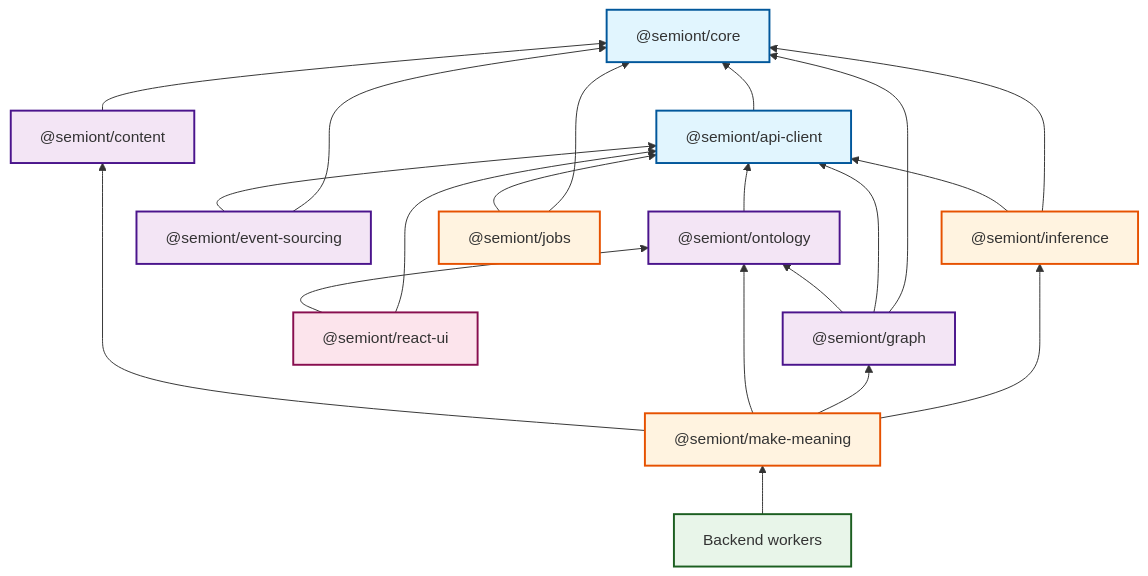
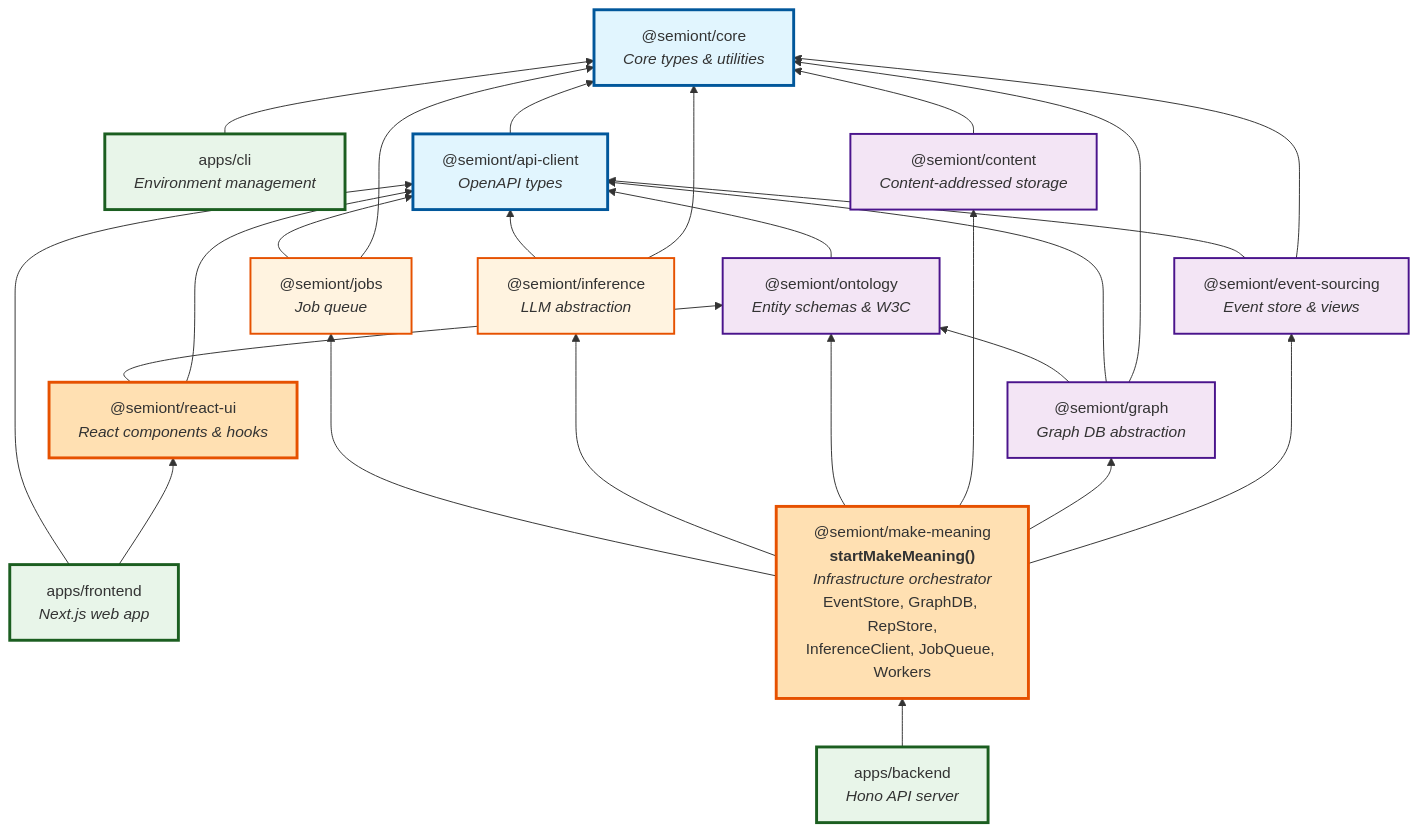
Before and after one commit to The-AI-Alliance/semiont: the diagram in packages/README.md, drawn with Mermaid. The commit also changed other lines of this file and 5 other files, not shown here.

````diff
--- a/packages/README.md
+++ b/packages/README.md
@@ -9,46 +11,72 @@
 ```mermaid
 graph BT
-    core["@semiont/core"]
-    api["@semiont/api-client"]
-    ontology["@semiont/ontology"]
-    content["@semiont/content"]
-    event["@semiont/event-sourcing"]
-    graph_pkg["@semiont/graph"]
-    inference["@semiont/inference"]
-    jobs["@semiont/jobs"]
-    meaning["@semiont/make-meaning"]
-    react["@semiont/react-ui"]
-    backend["Backend workers"]
+    %% Layer 4: Application Consumers
+    backend["apps/backend<br/><i>Hono API server</i>"]
+    frontend["apps/frontend<br/><i>Next.js web app</i>"]
+    cli["apps/cli<br/><i>Environment management</i>"]
 
-    api --> core
-    ontology --> api
-    content --> core
-    event --> core
-    event --> api
-    graph_pkg --> core
-    graph_pkg --> api
-    graph_pkg --> ontology
+    %% Layer 3: Application Logic
+    meaning["@semiont/make-meaning<br/><b>startMakeMeaning()</b><br/><i>Infrastructure orchestrator</i><br/>EventStore, GraphDB, RepStore,<br/>InferenceClient, JobQueue, Workers"]
+    react["@semiont/react-ui<br/><i>React components & hooks</i>"]
+
+    %% Layer 2: AI & Infrastructure
+    inference["@semiont/inference<br/><i>LLM abstraction</i>"]
+    jobs["@semiont/jobs<br/><i>Job queue</i>"]
+    graph_pkg["@semiont/graph<br/><i>Graph DB abstraction</i>"]
+    event["@semiont/event-sourcing<br/><i>Event store & views</i>"]
+    content["@semiont/content<br/><i>Content-addressed storage</i>"]
+
+    %% Layer 1: Domain Primitives
+    ontology["@semiont/ontology<br/><i>Entity schemas & W3C</i>"]
+
+    %% Layer 0: Foundation
+    api["@semiont/api-client<br/><i>OpenAPI types</i>"]
+    core["@semiont/core<br/><i>Core types & utilities</i>"]
+
+    %% Application dependencies
+    backend --> meaning
+    frontend --> react
+    frontend --> api
+    cli --> core
+
+    %% Application logic dependencies
+    meaning --> event
+    meaning --> graph_pkg
+    meaning --> content
+    meaning --> ontology
+    meaning --> inference
+    meaning --> jobs
+    react --> api
+    react --> ontology
+
+    %% Infrastructure dependencies
     inference --> core
     inference --> api
     jobs --> core
     jobs --> api
-    meaning --> inference
-    meaning --> graph_pkg
-    meaning --> ontology
-    meaning --> content
-    react --> api
-    react --> ontology
-    backend --> meaning
+    graph_pkg --> core
+    graph_pkg --> api
+    graph_pkg --> ontology
+    event --> core
+    event --> api
+    content --> core
 
-    classDef foundation fill:#e1f5fe,stroke:#01579b,stroke-width:2px
-    classDef domain fill:#f3e5f5,stroke:#4a148c,stroke-width:2px
-    classDef ai fill:#fff3e0,stroke:#e65100,stroke-width:2px
-    classDef app fill:#e8f5e9,stroke:#1b5e20,stroke-width:2px
-    classDef ui fill:#fce4ec,stroke:#880e4f,stroke-width:2px
+    %% Domain dependencies
+    ontology --> api
 
-    class core,api foundation
-    class ontology,content,event,graph_pkg domain
-    class inference,jobs,meaning ai
-    class backend app
-    class react ui
+    %% Foundation dependencies
+    api --> core
+
+    %% Styling by layer
+    classDef layer0 fill:#e1f5fe,stroke:#01579b,stroke-width:3px
+    classDef layer1 fill:#f3e5f5,stroke:#4a148c,stroke-width:2px
+    classDef layer2 fill:#fff3e0,stroke:#e65100,stroke-width:2px
+    classDef layer3 fill:#ffe0b2,stroke:#e65100,stroke-width:3px
+    classDef layer4 fill:#e8f5e9,stroke:#1b5e20,stroke-width:3px
+
+    class core,api layer0
+    class ontology,content,event,graph_pkg layer1
+    class inference,jobs layer2
+    class meaning,react layer3
+    class backend,frontend,cli layer4
 ```
````
